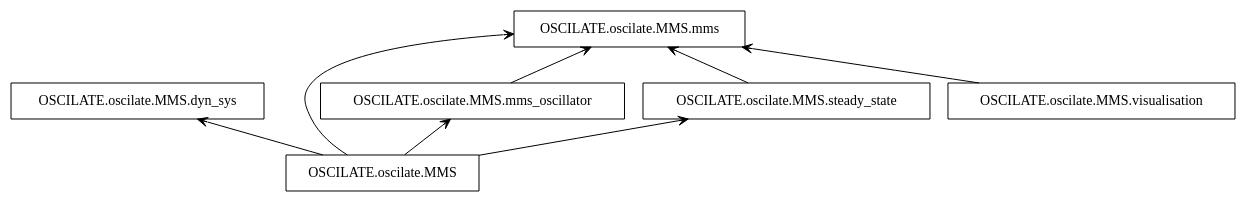
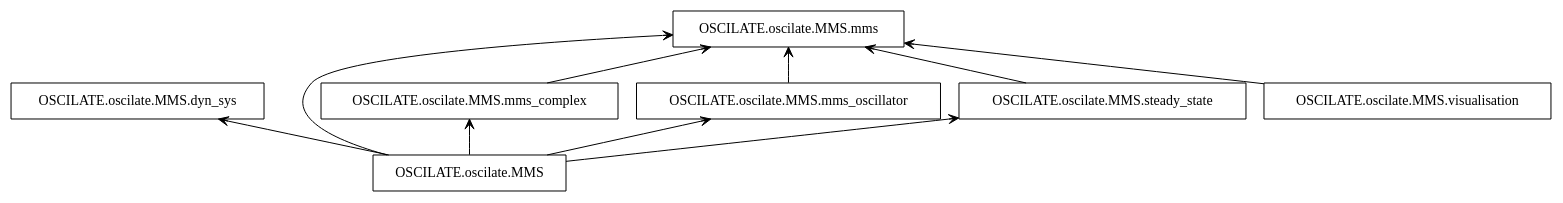
The diagram in docs/source/architecture/packages_MMS.dot (VinceECN/OSCILATE), drawn with Graphviz before and after one commit. The commit also changed 4 other files, not shown here.

```diff
--- a/docs/source/architecture/packages_MMS.dot
+++ b/docs/source/architecture/packages_MMS.dot
@@ -1,17 +1,20 @@
 digraph "packages_MMS" {
 rankdir=BT
 charset="utf-8"
 "OSCILATE.oscilate.MMS" [color="black", label=<OSCILATE.oscilate.MMS>, shape="box", style="solid"];
 "OSCILATE.oscilate.MMS.dyn_sys" [color="black", label=<OSCILATE.oscilate.MMS.dyn_sys>, shape="box", style="solid"];
 "OSCILATE.oscilate.MMS.mms" [color="black", label=<OSCILATE.oscilate.MMS.mms>, shape="box", style="solid"];
+"OSCILATE.oscilate.MMS.mms_complex" [color="black", label=<OSCILATE.oscilate.MMS.mms_complex>, shape="box", style="solid"];
 "OSCILATE.oscilate.MMS.mms_oscillator" [color="black", label=<OSCILATE.oscilate.MMS.mms_oscillator>, shape="box", style="solid"];
 "OSCILATE.oscilate.MMS.steady_state" [color="black", label=<OSCILATE.oscilate.MMS.steady_state>, shape="box", style="solid"];
 "OSCILATE.oscilate.MMS.visualisation" [color="black", label=<OSCILATE.oscilate.MMS.visualisation>, shape="box", style="solid"];
 "OSCILATE.oscilate.MMS" -> "OSCILATE.oscilate.MMS.dyn_sys" [arrowhead="open", arrowtail="none"];
 "OSCILATE.oscilate.MMS" -> "OSCILATE.oscilate.MMS.mms" [arrowhead="open", arrowtail="none"];
+"OSCILATE.oscilate.MMS" -> "OSCILATE.oscilate.MMS.mms_complex" [arrowhead="open", arrowtail="none"];
 "OSCILATE.oscilate.MMS" -> "OSCILATE.oscilate.MMS.mms_oscillator" [arrowhead="open", arrowtail="none"];
 "OSCILATE.oscilate.MMS" -> "OSCILATE.oscilate.MMS.steady_state" [arrowhead="open", arrowtail="none"];
+"OSCILATE.oscilate.MMS.mms_complex" -> "OSCILATE.oscilate.MMS.mms" [arrowhead="open", arrowtail="none"];
 "OSCILATE.oscilate.MMS.mms_oscillator" -> "OSCILATE.oscilate.MMS.mms" [arrowhead="open", arrowtail="none"];
 "OSCILATE.oscilate.MMS.steady_state" -> "OSCILATE.oscilate.MMS.mms" [arrowhead="open", arrowtail="none"];
 "OSCILATE.oscilate.MMS.visualisation" -> "OSCILATE.oscilate.MMS.mms" [arrowhead="open", arrowtail="none"];
 }
```
